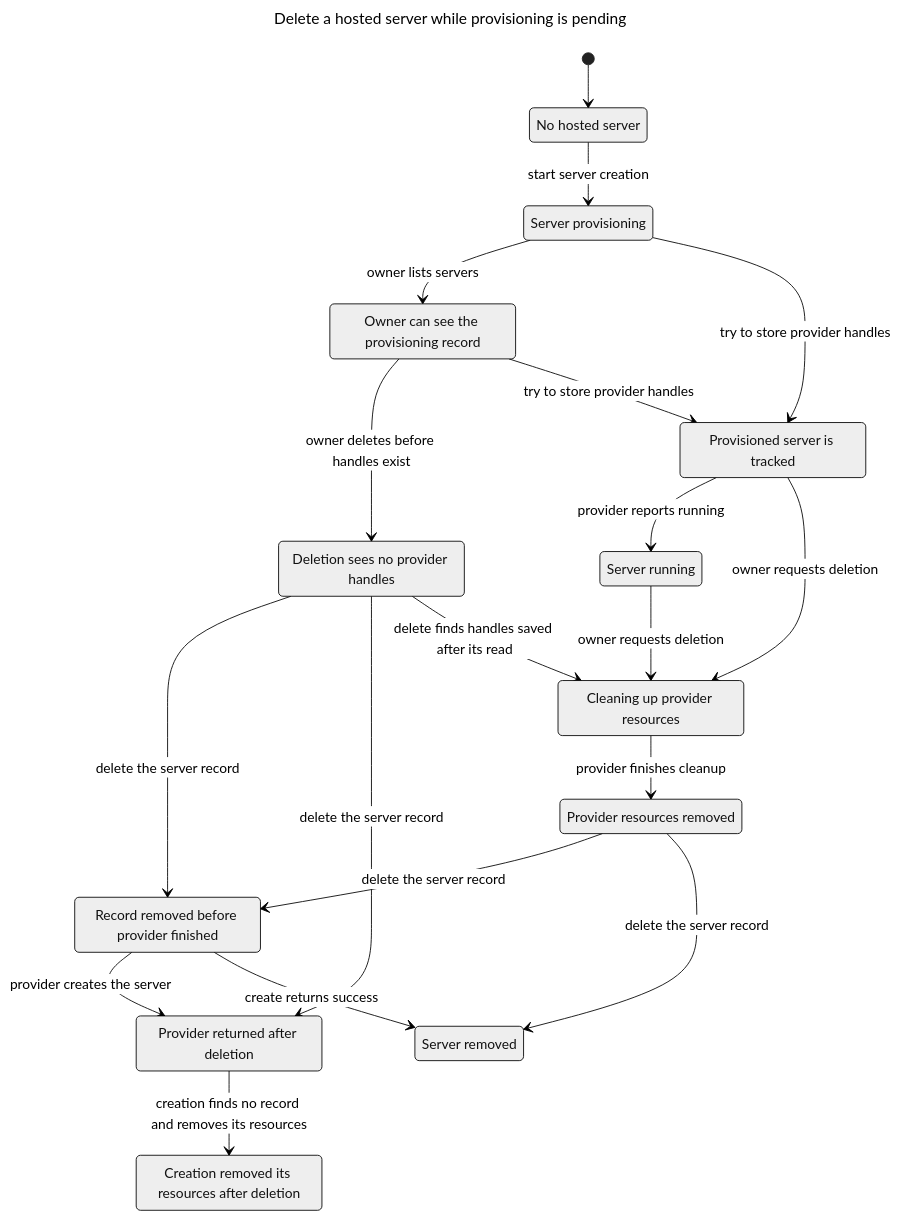
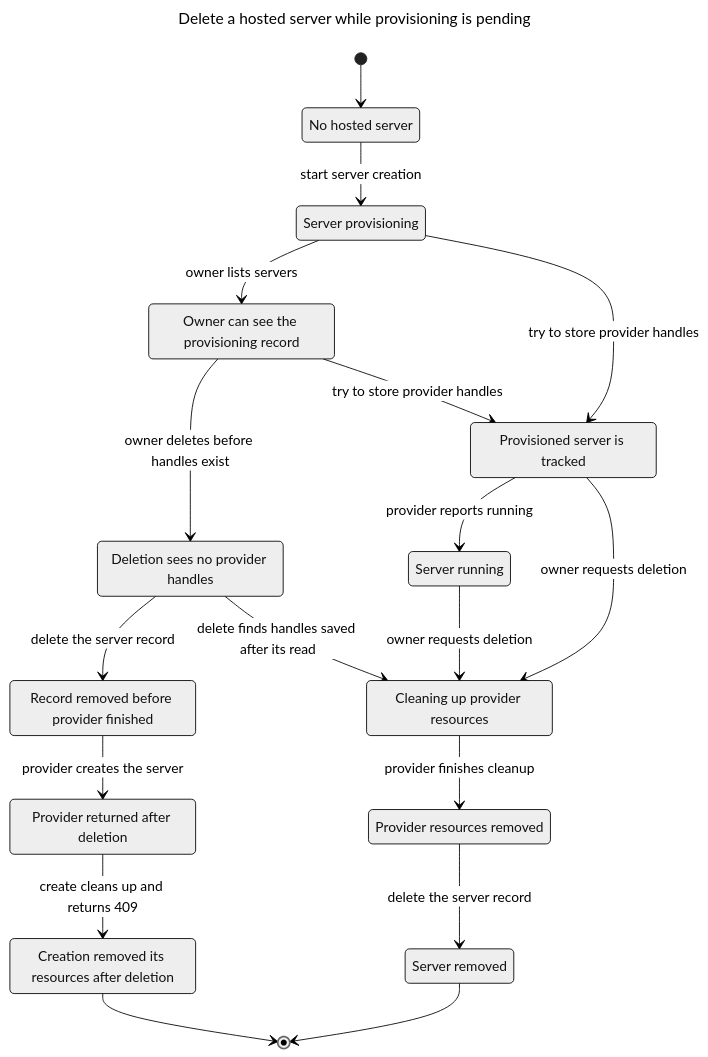
Before and after one commit to vana-com/vana-cli: the eighth of 8 diagrams in docs/STATECHARTS.md, drawn with Mermaid (neutral theme). The commit also changed other lines of this file and 9 other files, not shown here.

````diff
--- a/docs/STATECHARTS.md
+++ b/docs/STATECHARTS.md
@@ -305,36 +305,35 @@
 ```mermaid
 ---
 title: "Delete a hosted server while provisioning is pending"
 ---
 stateDiagram-v2
   s0: No hosted server
   s1: Server provisioning
   s2: Owner can see the provisioning record
   s3: Deletion sees no provider handles
   s4: Provisioned server is tracked
   s5: Record removed before provider finished
   s6: Server running
   s7: Cleaning up provider resources
   s8: Provider returned after deletion
   s9: Provider resources removed
   s10: Creation removed its resources after deletion
   s11: Server removed
   [*] --> s0
   s0 --> s1: start server creation
   s1 --> s2: owner lists servers
   s2 --> s3: owner deletes before handles exist
   s1 --> s4: try to store provider handles
   s3 --> s5: delete the server record
   s2 --> s4: try to store provider handles
   s4 --> s6: provider reports running
   s4 --> s7: owner requests deletion
-  s3 --> s8: delete the server record
   s5 --> s8: provider creates the server
   s6 --> s7: owner requests deletion
   s7 --> s9: provider finishes cleanup
   s3 --> s7: delete finds handles saved after its read
-  s8 --> s10: creation finds no record and removes its resources
-  s9 --> s5: delete the server record
+  s8 --> s10: create cleans up and returns 409
   s9 --> s11: delete the server record
-  s5 --> s11: create returns success
+  s10 --> [*]
+  s11 --> [*]
 ```
````
